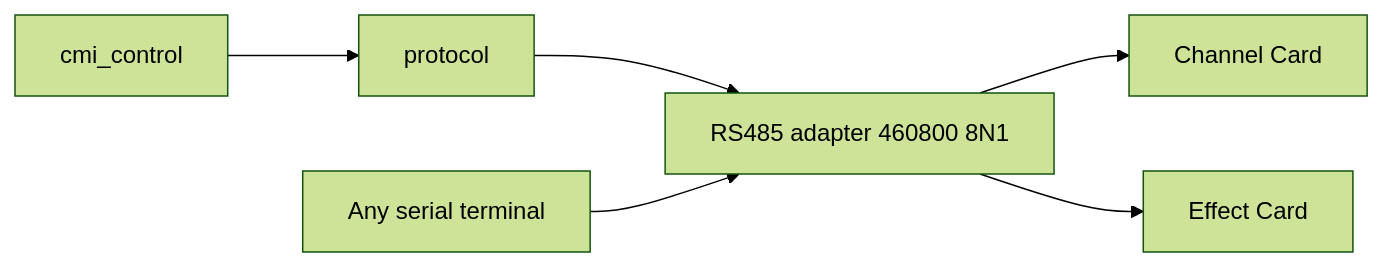
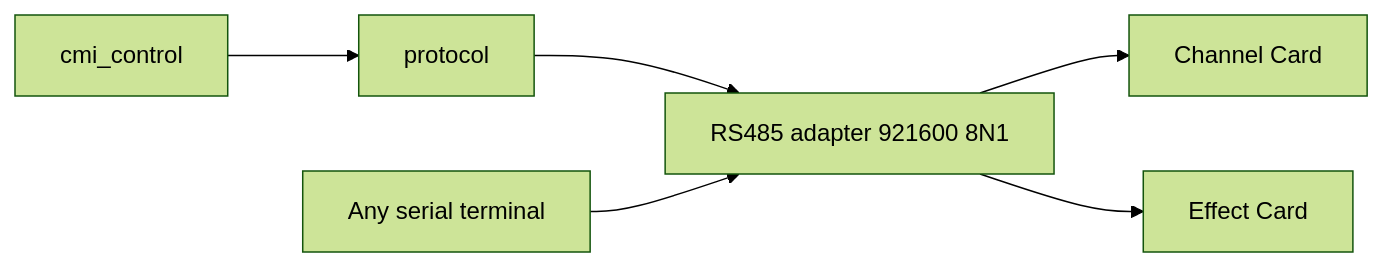
The diagram in docs/reference/rs485_console_architecture.md (narendrabhatt-freshwater/firmware), drawn with Mermaid (forest theme) before and after one commit. The commit also changed other lines of this file and 39 other files, not shown here.

````diff
--- a/docs/reference/rs485_console_architecture.md
+++ b/docs/reference/rs485_console_architecture.md
@@ -19,14 +19,14 @@
 ```mermaid
 flowchart LR
   Term[Any serial terminal]
   Gui[cmi_control]
   Lib[protocol]
-  Bus[RS485 adapter 460800 8N1]
+  Bus[RS485 adapter 921600 8N1]
   CC[Channel Card]
   EC[Effect Card]
   Gui --> Lib
   Lib --> Bus
   Term --> Bus
   Bus --> CC
   Bus --> EC
 ```
````
